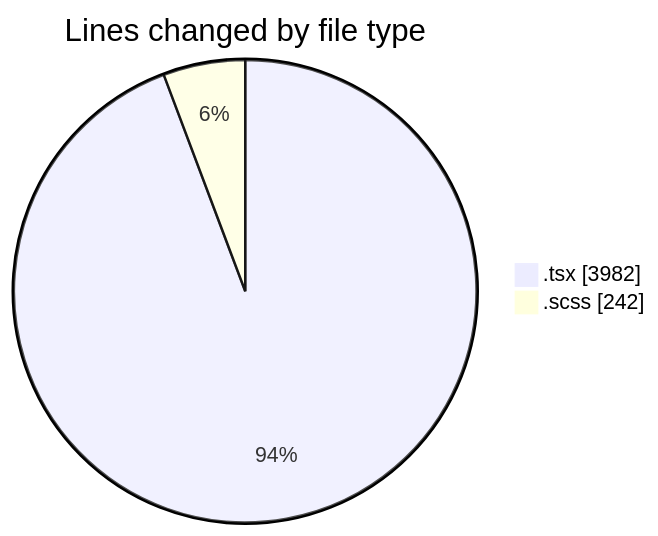
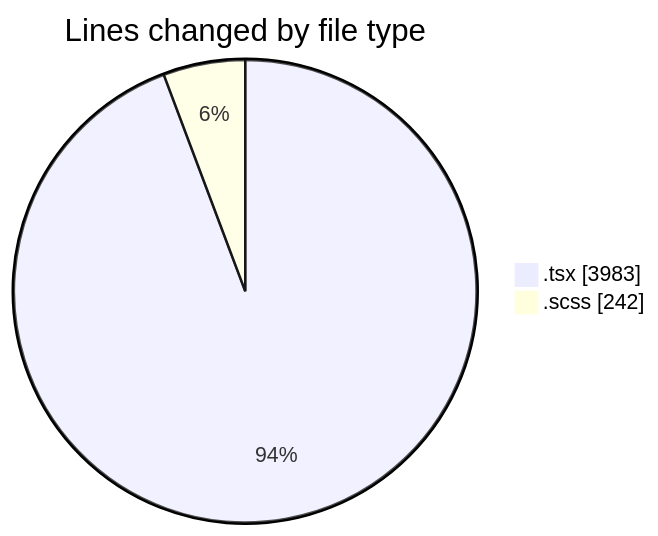
One commit to momahboobian/code-tracking changed the first of 2 diagrams in 2025-07-03/cda/README.md. Above: the diagram before and after it, drawn with Mermaid. The commit also changed other lines of this file and 1 other file, not shown here.

````diff
--- a/2025-07-03/cda/README.md
+++ b/2025-07-03/cda/README.md
@@ -36,6 +36,6 @@
 ```mermaid
 pie showData
 title Lines changed by file type
-".tsx" : 3982
+".tsx" : 3983
 ".scss" : 242
 ```
````
